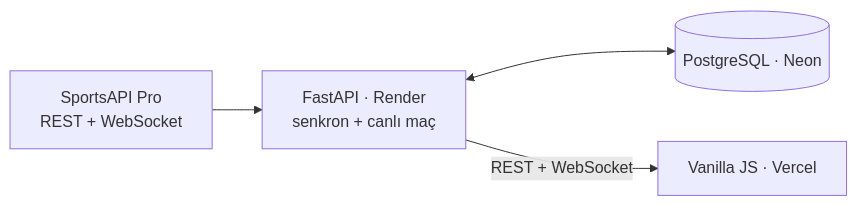
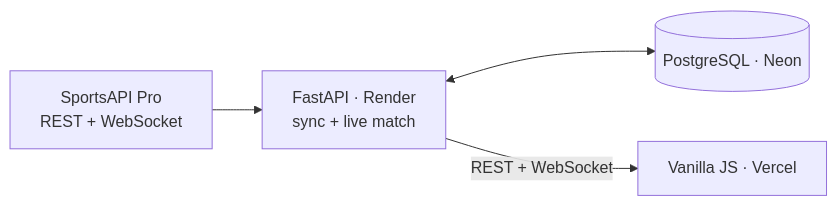
One commit to kutluktaskin/FenerHub changed the diagram in README.md. Above: the diagram before and after it, drawn with Mermaid. The commit also changed other lines of this file, not shown here.

````diff
--- a/README.md
+++ b/README.md
@@ -40,6 +43,6 @@
 ```mermaid
 flowchart LR
-    SA[SportsAPI Pro<br/>REST + WebSocket] --> BE[FastAPI · Render<br/>senkron + canlı maç]
+    SA[SportsAPI Pro<br/>REST + WebSocket] --> BE[FastAPI · Render<br/>sync + live match]
     BE <--> DB[(PostgreSQL · Neon)]
     BE -->|REST + WebSocket| FE[Vanilla JS · Vercel]
 ```
````
